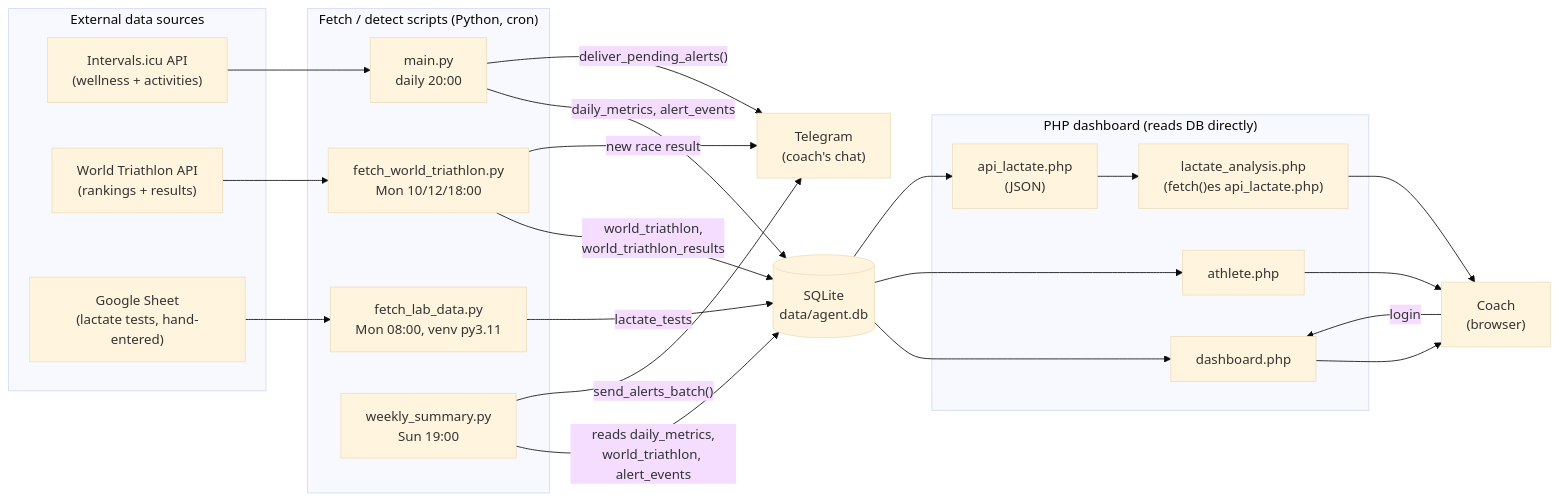
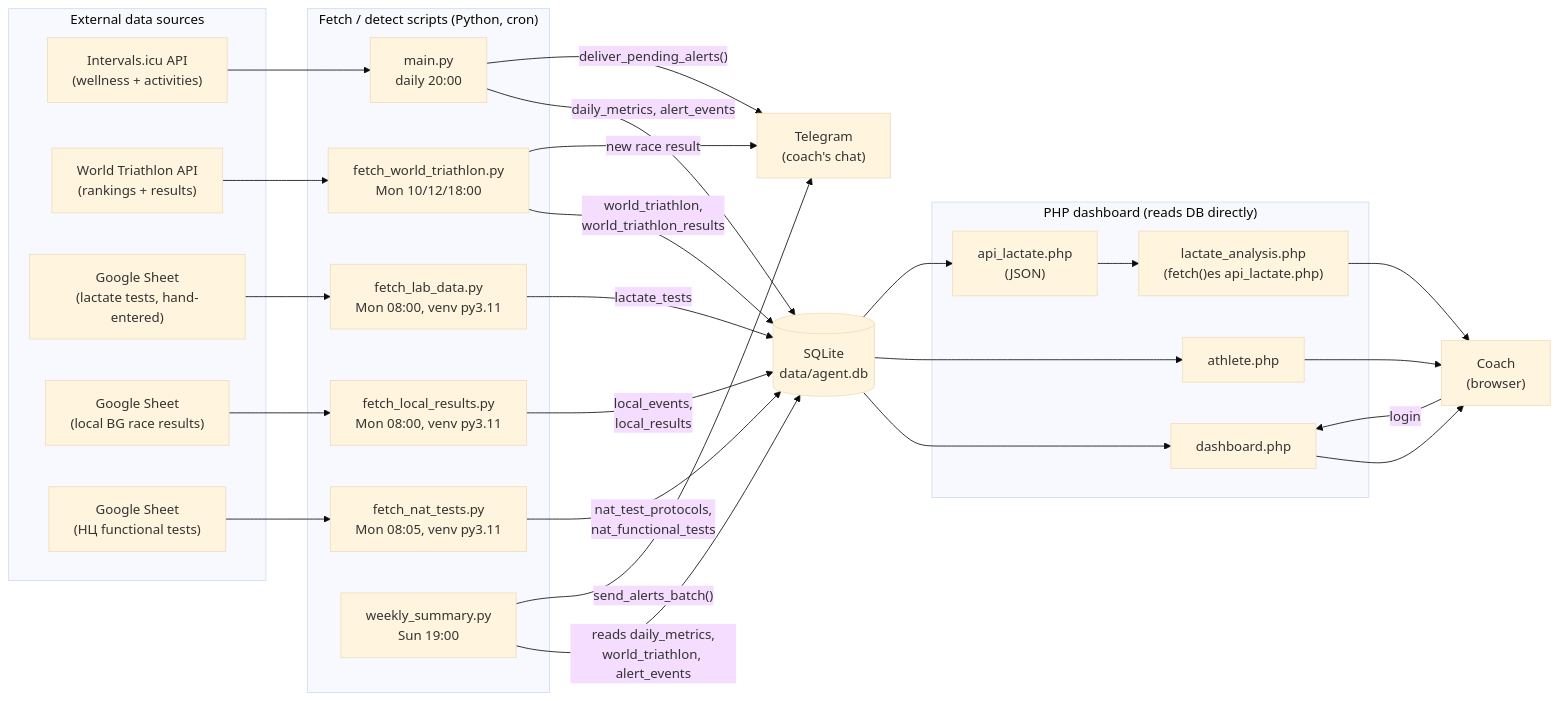
Before and after one commit to clubtriteam-commits/training-agent: the first of 3 diagrams in docs/diagrams.md, drawn with Mermaid (base theme). The commit also changed 7 other files, not shown here.

````diff
--- a/docs/diagrams.md
+++ b/docs/diagrams.md
@@ -11,46 +11,54 @@
 ```mermaid
 flowchart LR
     subgraph Sources["External data sources"]
         INT["Intervals.icu API<br/>(wellness + activities)"]
         WT["World Triathlon API<br/>(rankings + results)"]
         SHEET["Google Sheet<br/>(lactate tests, hand-entered)"]
+        SHEET2["Google Sheet<br/>(local BG race results)"]
+        SHEET3["Google Sheet<br/>(НЦ functional tests)"]
     end
 
     subgraph Fetch["Fetch / detect scripts (Python, cron)"]
         MAIN["main.py<br/>daily 20:00"]
         FWT["fetch_world_triathlon.py<br/>Mon 10/12/18:00"]
         FLD["fetch_lab_data.py<br/>Mon 08:00, venv py3.11"]
+        FLR["fetch_local_results.py<br/>Mon 08:00, venv py3.11"]
+        FNT["fetch_nat_tests.py<br/>Mon 08:05, venv py3.11"]
         WEEK["weekly_summary.py<br/>Sun 19:00"]
     end
 
     DB[("SQLite<br/>data/agent.db")]
 
     subgraph PHP["PHP dashboard (reads DB directly)"]
         DASH["dashboard.php"]
         ATH["athlete.php"]
         API["api_lactate.php<br/>(JSON)"]
         LAC["lactate_analysis.php<br/>(fetch()es api_lactate.php)"]
     end
 
     TG["Telegram<br/>(coach's chat)"]
     USER["Coach<br/>(browser)"]
 
     INT --> MAIN
     WT --> FWT
     SHEET --> FLD
+    SHEET2 --> FLR
+    SHEET3 --> FNT
 
     MAIN -->|"daily_metrics, alert_events"| DB
     FWT -->|"world_triathlon,<br/>world_triathlon_results"| DB
     FLD -->|"lactate_tests"| DB
+    FLR -->|"local_events,<br/>local_results"| DB
+    FNT -->|"nat_test_protocols,<br/>nat_functional_tests"| DB
     WEEK -->|"reads daily_metrics,<br/>world_triathlon, alert_events"| DB
 
     MAIN -->|"deliver_pending_alerts()"| TG
     WEEK -->|"send_alerts_batch()"| TG
     FWT -->|"new race result"| TG
 
     DB --> DASH --> USER
     DB --> ATH --> USER
     DB --> API
     API --> LAC --> USER
     USER -->|"login"| DASH
 ```
````
